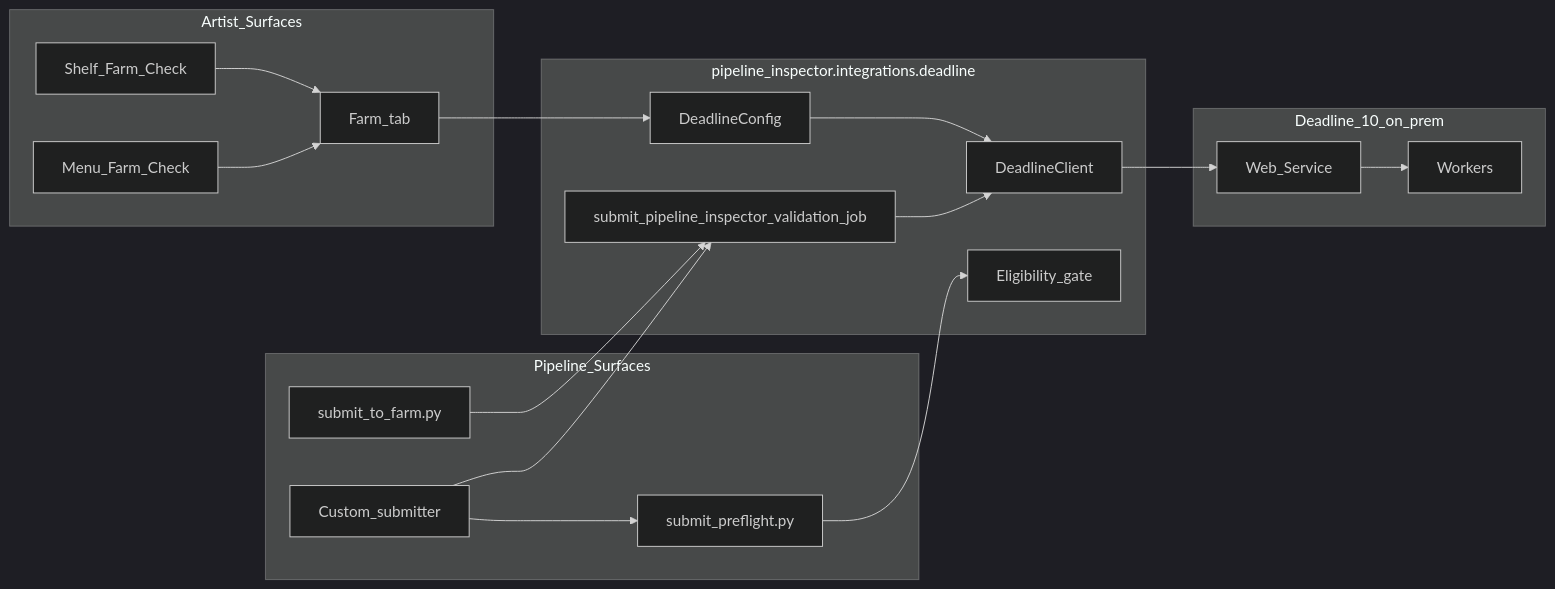
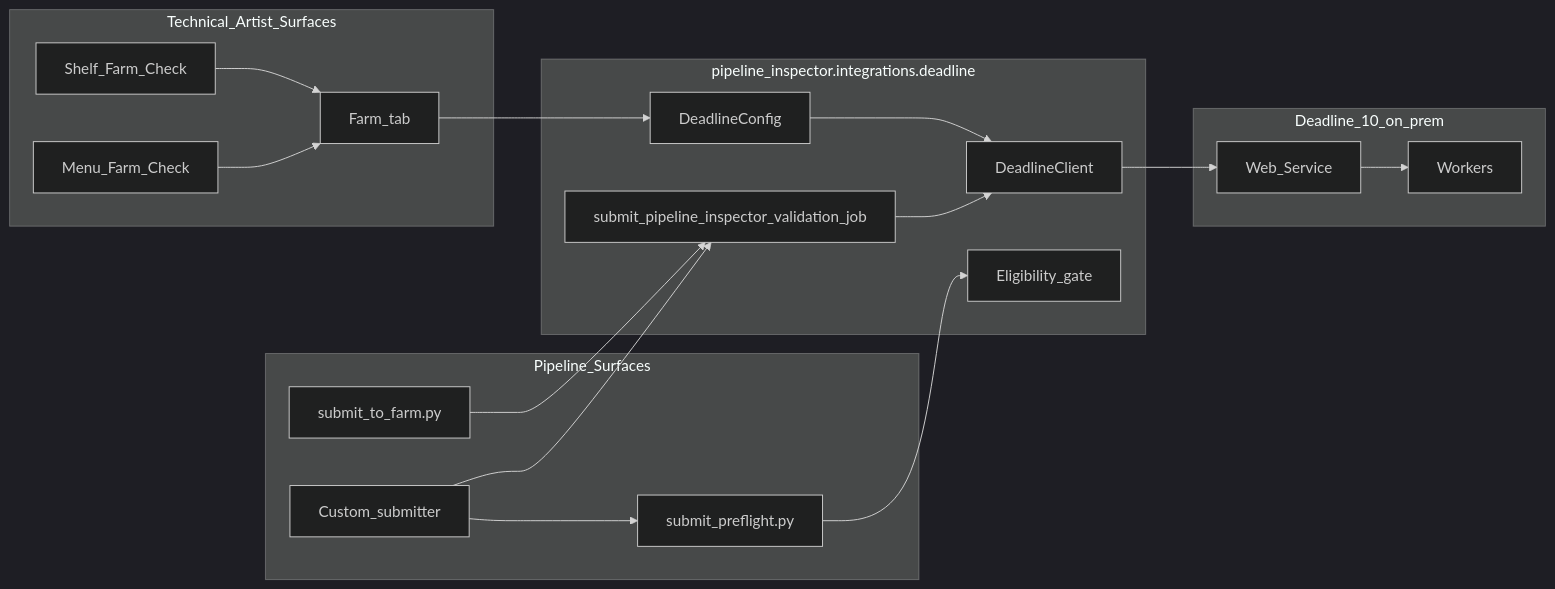
One commit to armasonix/maya-pipeline-inspector changed the first of 3 diagrams in docs/integrations/deadline_submit_preflight.md. Above: the diagram before and after it, drawn with Mermaid (dark theme). The commit also changed other lines of this file and 142 other files, not shown here.

````diff
--- a/docs/integrations/deadline_submit_preflight.md
+++ b/docs/integrations/deadline_submit_preflight.md
@@ -35,34 +33,34 @@
 ```mermaid
 flowchart LR
-    subgraph artists [Artist_Surfaces]
+    subgraph ta_surfaces [Technical_Artist_Surfaces]
         FARM[Farm_tab]
         SHELF[Shelf_Farm_Check]
         MENU[Menu_Farm_Check]
     end
     subgraph pipeline [Pipeline_Surfaces]
         PRE[submit_preflight.py]
         SUB[submit_to_farm.py]
         HOOK[Custom_submitter]
     end
     subgraph core [pipeline_inspector.integrations.deadline]
         CFG[DeadlineConfig]
         CLI[DeadlineClient]
         ELIG[Eligibility_gate]
         API[submit_pipeline_inspector_validation_job]
     end
     subgraph farm [Deadline_10_on_prem]
         WS[Web_Service]
         WRK[Workers]
     end
     FARM --> CFG
     SHELF --> FARM
     MENU --> FARM
     PRE --> ELIG
     SUB --> API
     HOOK --> PRE
     HOOK --> API
     CFG --> CLI
     CLI --> WS
     API --> CLI
     WS --> WRK
 ```
````
